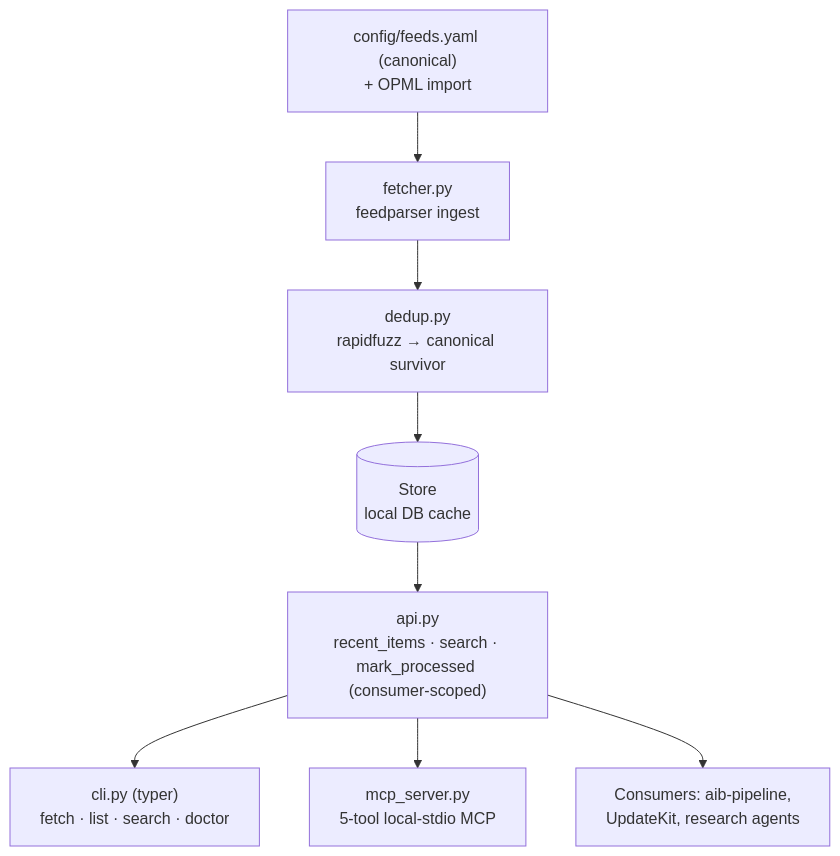
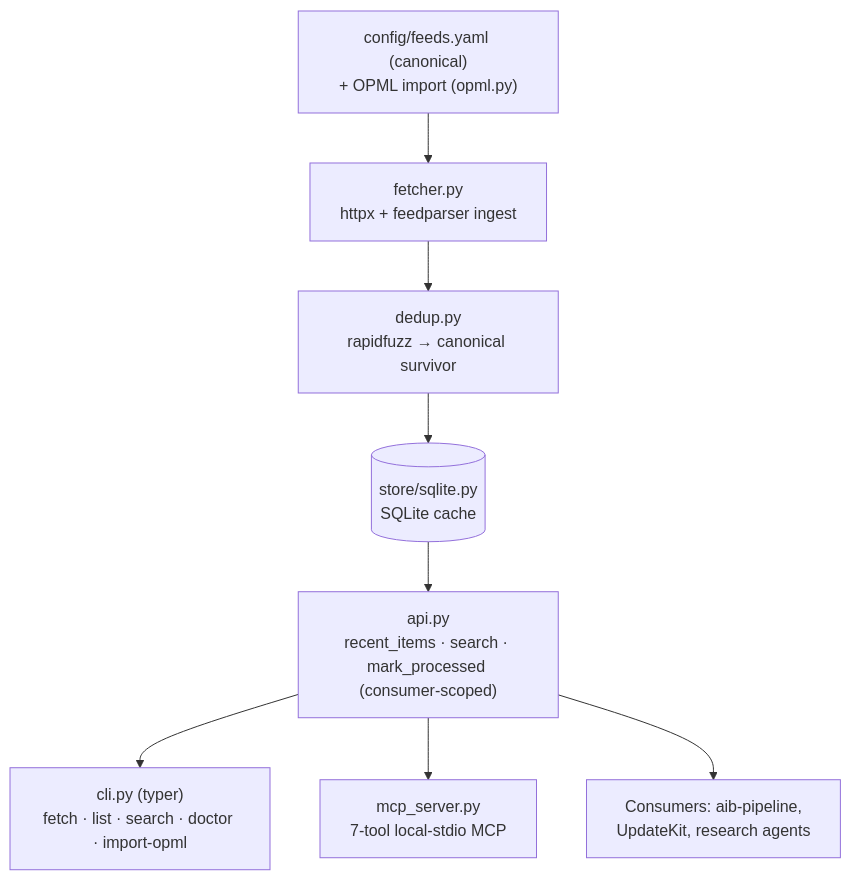
The diagram in README.md (Jmeg8r/aib-reader), drawn with Mermaid before and after one commit. The commit also changed other lines of this file and 4 other files, not shown here.

````diff
--- a/README.md
+++ b/README.md
@@ -18,10 +18,10 @@
 ```mermaid
 flowchart TD
-    Feeds["config/feeds.yaml (canonical)<br/>+ OPML import"] --> Fetcher["fetcher.py<br/>feedparser ingest"]
+    Feeds["config/feeds.yaml (canonical)<br/>+ OPML import (opml.py)"] --> Fetcher["fetcher.py<br/>httpx + feedparser ingest"]
     Fetcher --> Dedup["dedup.py<br/>rapidfuzz → canonical survivor"]
-    Dedup --> Store[("Store<br/>local DB cache")]
+    Dedup --> Store[("store/sqlite.py<br/>SQLite cache")]
     Store --> API["api.py<br/>recent_items · search · mark_processed (consumer-scoped)"]
-    API --> CLI["cli.py (typer)<br/>fetch · list · search · doctor"]
-    API --> MCP["mcp_server.py<br/>5-tool local-stdio MCP"]
+    API --> CLI["cli.py (typer)<br/>fetch · list · search · doctor · import-opml"]
+    API --> MCP["mcp_server.py<br/>7-tool local-stdio MCP"]
     API --> Consumers["Consumers: aib-pipeline,<br/>UpdateKit, research agents"]
 ```
````
